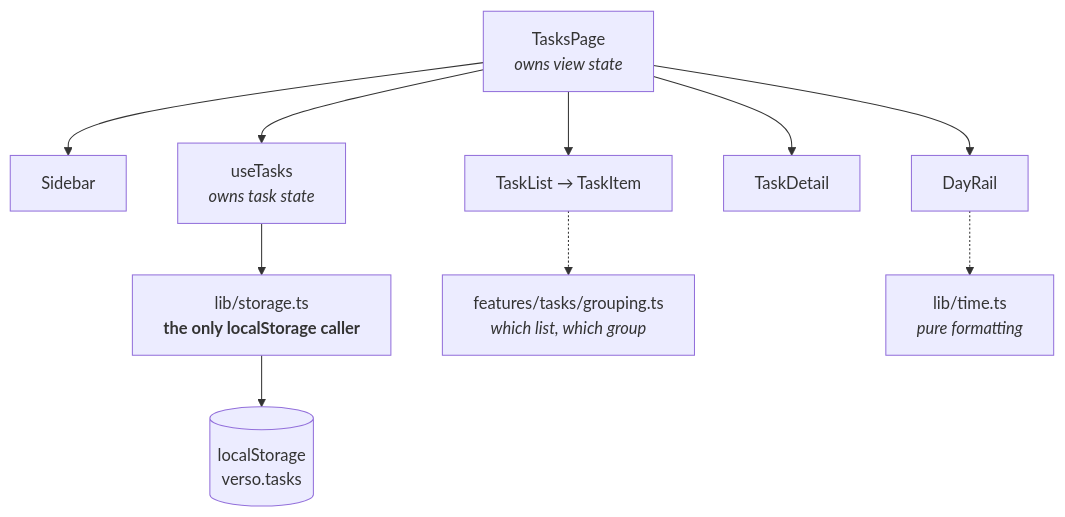
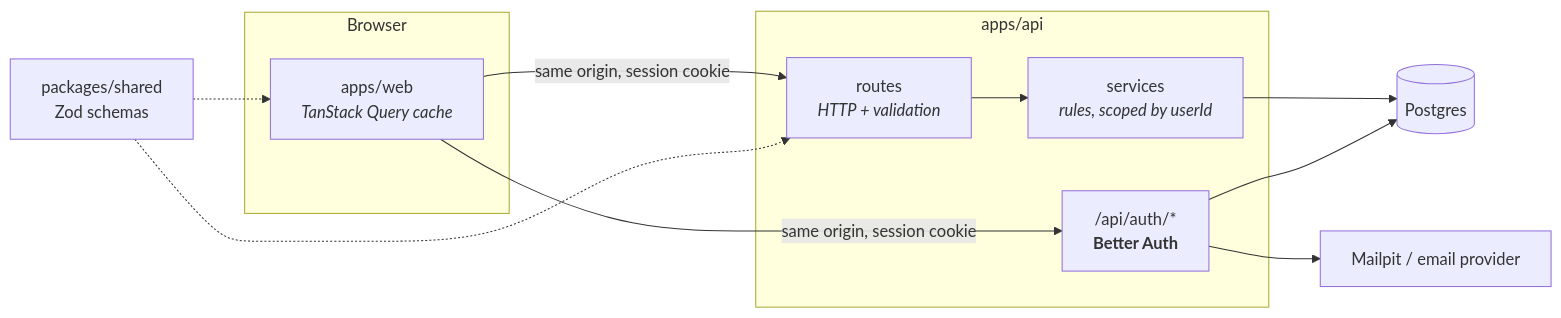
Before and after one commit to alisalman0499/verso: the diagram in ARCHITECTURE.md, drawn with Mermaid. The commit also changed other lines of this file and 3 other files, not shown here.

First line of the commit message:
Update the docs for the monorepo, API and auth

````diff
--- a/ARCHITECTURE.md
+++ b/ARCHITECTURE.md
@@ -11,12 +16,20 @@
 ```mermaid
-flowchart TD
-    A["TasksPage<br/><i>owns view state</i>"] --> B["Sidebar"]
-    A --> C["DayRail"]
-    A --> D["TaskList → TaskItem"]
-    A --> E["TaskDetail"]
-    A --> F["useTasks<br/><i>owns task state</i>"]
-    F --> G["lib/storage.ts<br/><b>the only localStorage caller</b>"]
-    D -.-> H["features/tasks/grouping.ts<br/><i>which list, which group</i>"]
-    C -.-> I["lib/time.ts<br/><i>pure formatting</i>"]
-    G --> J[("localStorage<br/>verso.tasks")]
+flowchart LR
+    subgraph Browser
+      W["apps/web<br/><i>TanStack Query cache</i>"]
+    end
+    subgraph "apps/api"
+      A["/api/auth/*<br/><b>Better Auth</b>"]
+      R["routes<br/><i>HTTP + validation</i>"]
+      S["services<br/><i>rules, scoped by userId</i>"]
+    end
+    P[("Postgres")]
+    M["Mailpit / email provider"]
+    W -- "same origin, session cookie" --> A
+    W -- "same origin, session cookie" --> R
+    R --> S --> P
+    A --> P
+    A --> M
+    SH["packages/shared<br/>Zod schemas"] -.-> W
+    SH -.-> R
 ```
````
